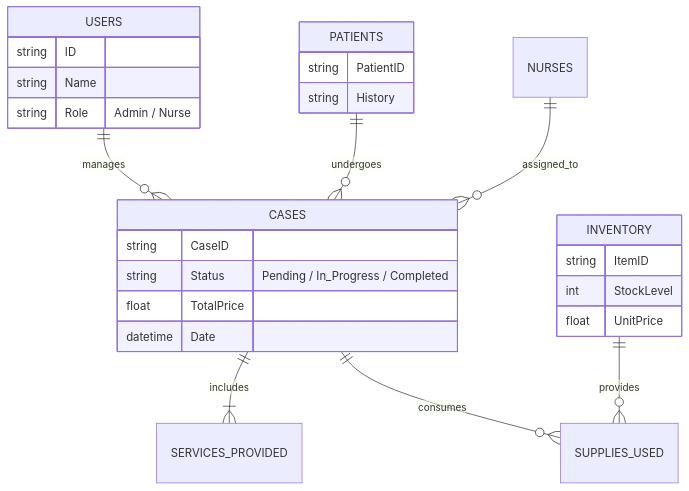
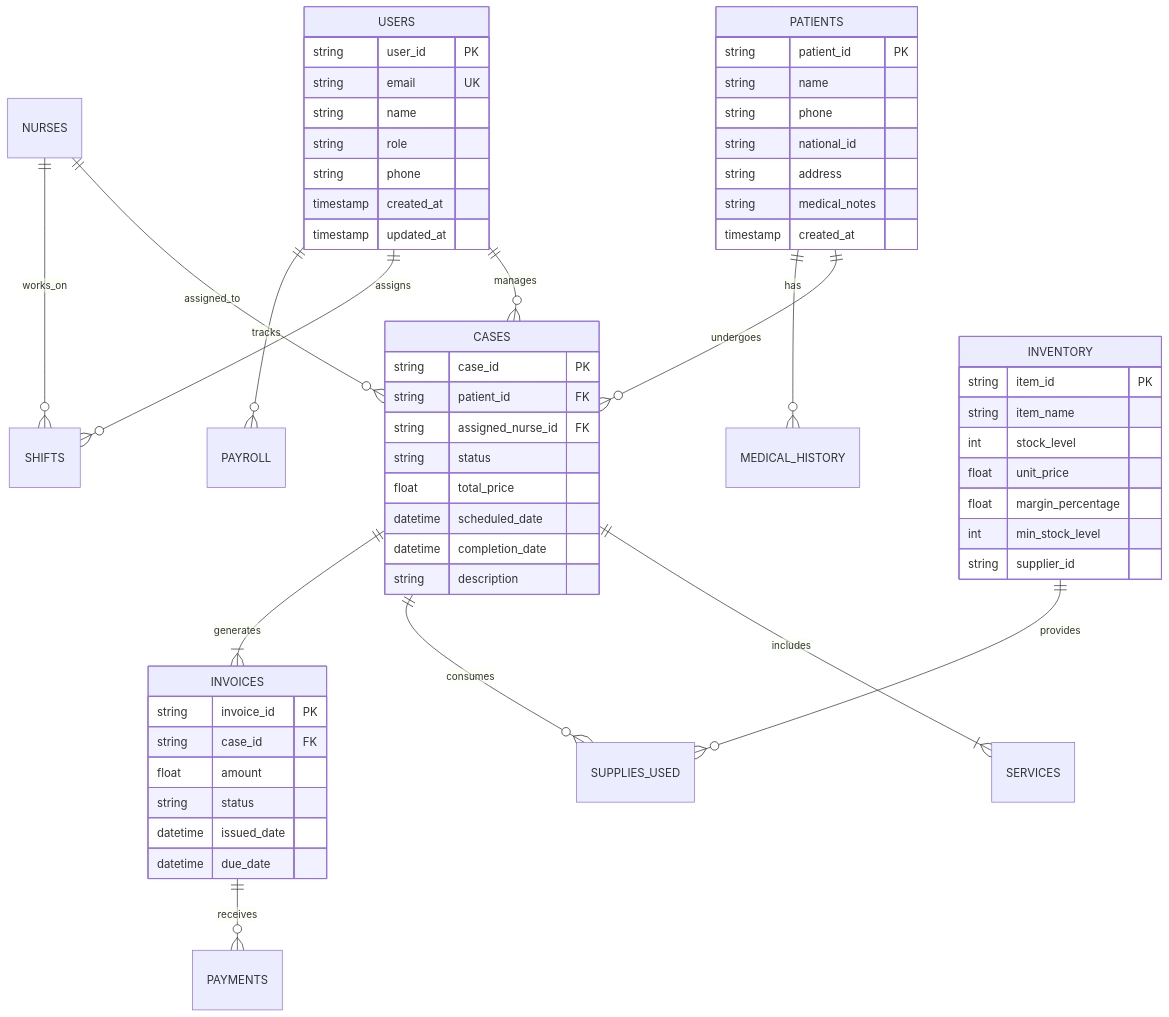
One commit to Desha29/new_care changed the ninth of 10 diagrams in README.md. Above: the diagram before and after it, drawn with Mermaid. The commit also changed other lines of this file, not shown here.

First line of the commit message:
feat: update README.md for enhanced project description and structure

````diff
--- a/README.md
+++ b/README.md
@@ -77,30 +260,65 @@
 ```mermaid
 erDiagram
     USERS ||--o{ CASES : manages
+    USERS ||--o{ SHIFTS : assigns
+    USERS ||--o{ PAYROLL : tracks
     PATIENTS ||--o{ CASES : undergoes
-    NURSES ||--o{ CASES : assigned_to
-    CASES ||--|{ SERVICES_PROVIDED : includes
+    PATIENTS ||--o{ MEDICAL_HISTORY : has
+    NURSES ||--o{ CASES : "assigned_to"
+    NURSES ||--o{ SHIFTS : "works_on"
+    CASES ||--|{ SERVICES : includes
     CASES ||--o{ SUPPLIES_USED : consumes
+    CASES ||--|{ INVOICES : generates
     INVENTORY ||--o{ SUPPLIES_USED : provides
+    INVOICES ||--o{ PAYMENTS : receives
     
     USERS {
-        string ID
-        string Name
-        string Role "Admin / Nurse"
+        string user_id PK
+        string email UK
+        string name
+        string role
+        string phone
+        timestamp created_at
+        timestamp updated_at
     }
+    
+    PATIENTS {
+        string patient_id PK
+        string name
+        string phone
+        string national_id
+        string address
+        string medical_notes
+        timestamp created_at
+    }
+    
     CASES {
-        string CaseID
-        string Status "Pending / In_Progress / Completed"
-        float TotalPrice
-        datetime Date
+        string case_id PK
+        string patient_id FK
+        string assigned_nurse_id FK
+        string status
+        float total_price
+        datetime scheduled_date
+        datetime completion_date
+        string description
     }
-    PATIENTS {
-        string PatientID
-        string History
+    
+    INVENTORY {
+        string item_id PK
+        string item_name
+        int stock_level
+        float unit_price
+        float margin_percentage
+        int min_stock_level
+        string supplier_id
     }
-    INVENTORY {
-        string ItemID
-        int StockLevel
-        float UnitPrice
+    
+    INVOICES {
+        string invoice_id PK
+        string case_id FK
+        float amount
+        string status
+        datetime issued_date
+        datetime due_date
     }
 ```
````
